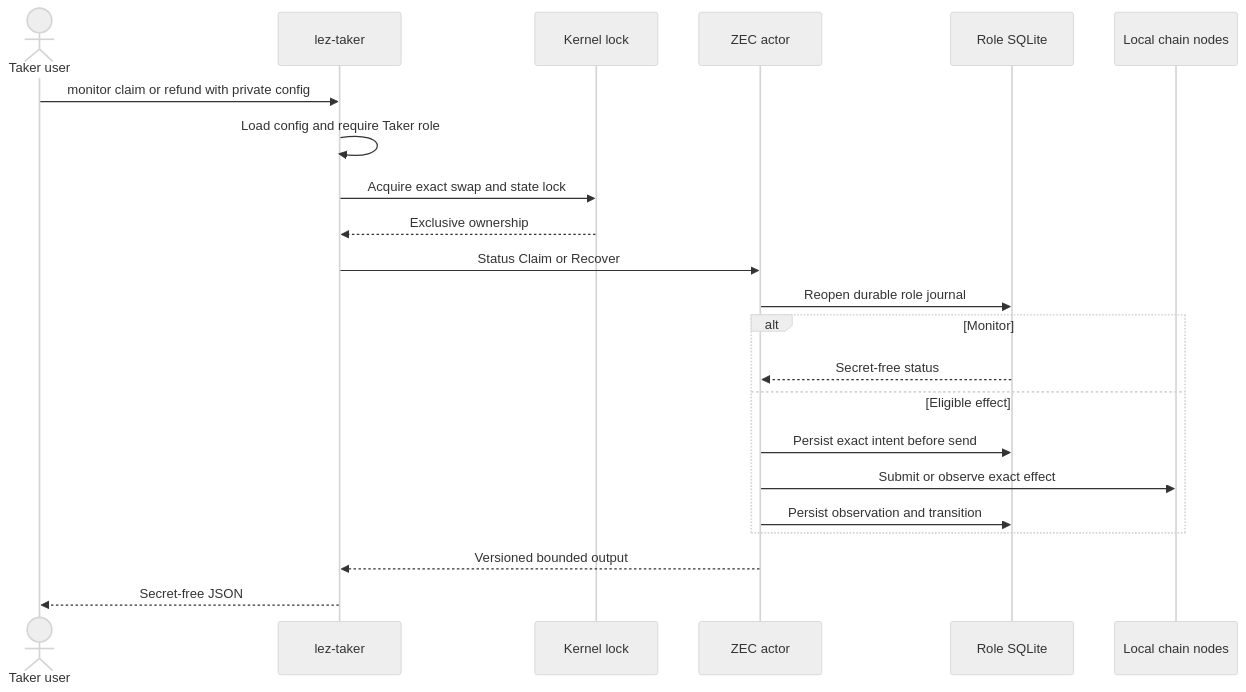
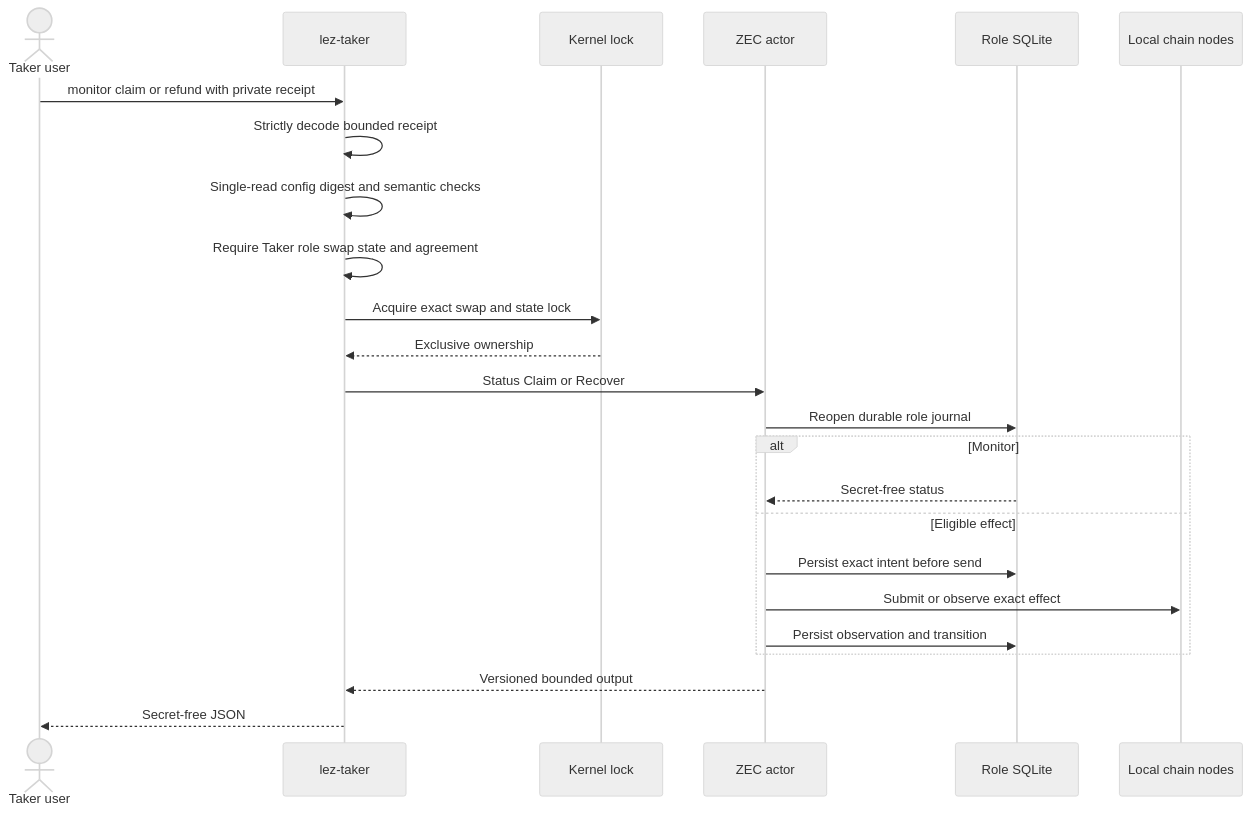
One commit to gateway-fm/lez-atomic-swaps changed the second of 2 diagrams in docs/architecture/0105-run-taker-lifecycle-from-role-state.md. Above: the diagram before and after it, drawn with Mermaid (neutral theme). The commit also changed other lines of this file and 13 other files, not shown here.

````diff
--- a/docs/architecture/0105-run-taker-lifecycle-from-role-state.md
+++ b/docs/architecture/0105-run-taker-lifecycle-from-role-state.md
@@ -53,25 +63,27 @@
 ```mermaid
 sequenceDiagram
     actor U as Taker user
     participant C as lez-taker
     participant L as Kernel lock
     participant A as ZEC actor
     participant D as Role SQLite
     participant N as Local chain nodes
 
-    U->>C: monitor claim or refund with private config
-    C->>C: Load config and require Taker role
+    U->>C: monitor claim or refund with private receipt
+    C->>C: Strictly decode bounded receipt
+    C->>C: Single-read config digest and semantic checks
+    C->>C: Require Taker role swap state and agreement
     C->>L: Acquire exact swap and state lock
     L-->>C: Exclusive ownership
     C->>A: Status Claim or Recover
     A->>D: Reopen durable role journal
     alt Monitor
         D-->>A: Secret-free status
     else Eligible effect
         A->>D: Persist exact intent before send
         A->>N: Submit or observe exact effect
         A->>D: Persist observation and transition
     end
     A-->>C: Versioned bounded output
     C-->>U: Secret-free JSON
 ```
````
